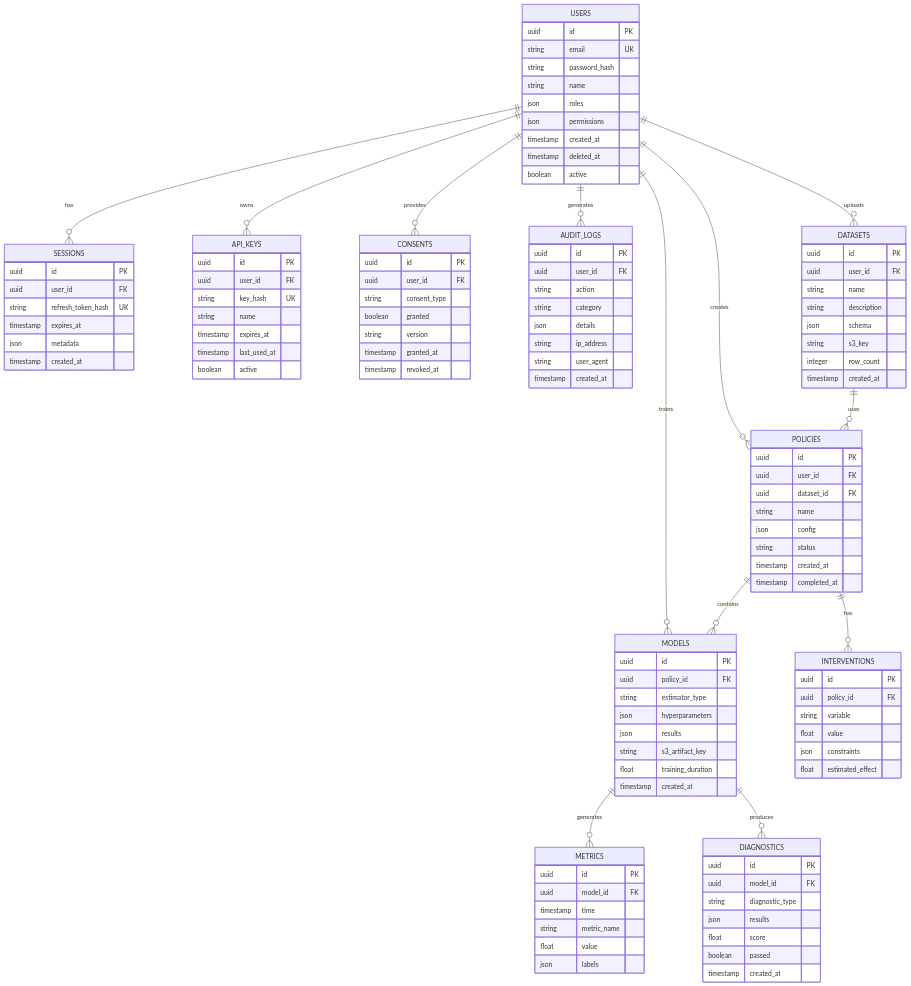
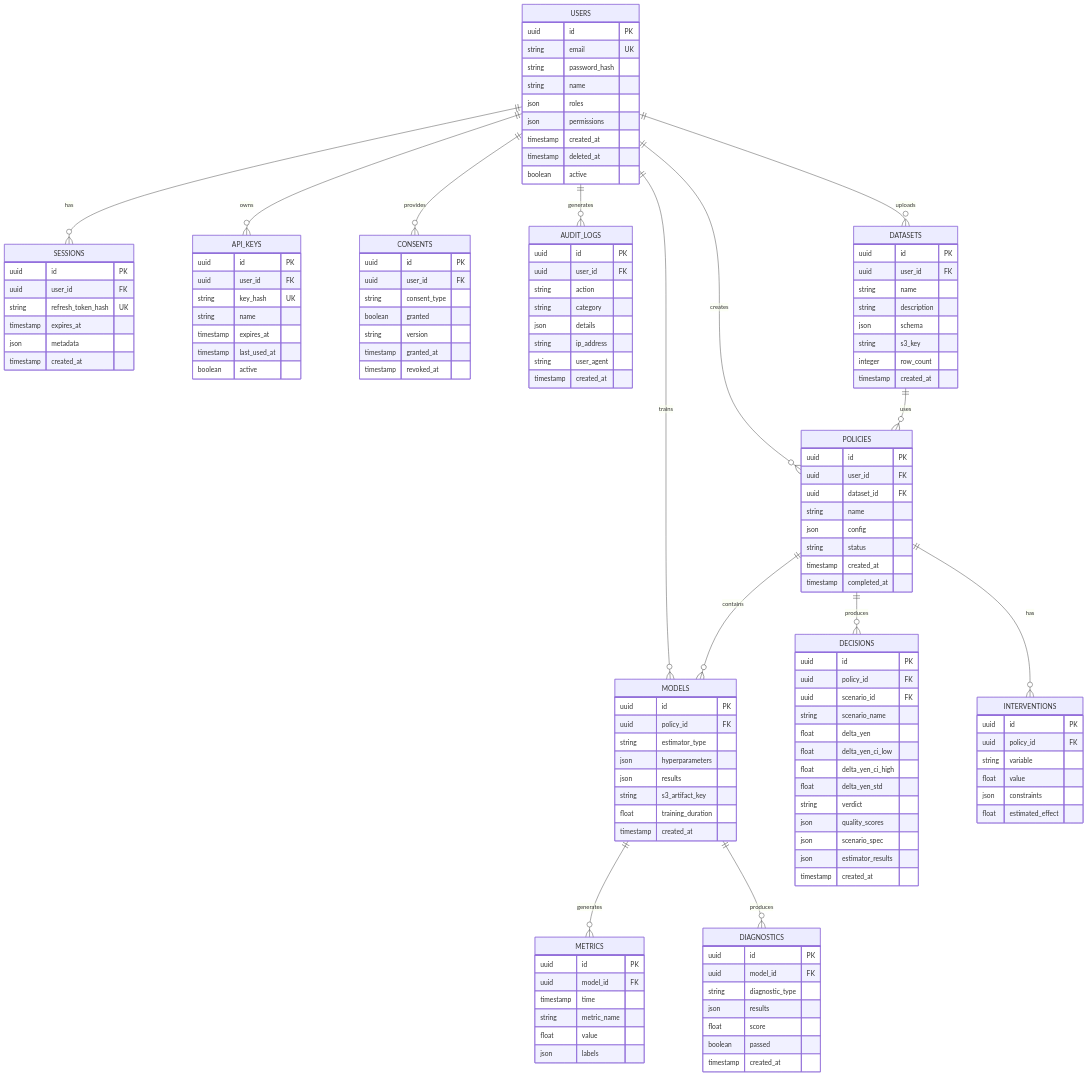
The sixth of 7 diagrams in docs/architecture.md (onodera22ten/CQOx_gen), drawn with Mermaid before and after one commit. The commit also changed other lines of this file and 1 other file, not shown here.

```diff
--- a/docs/architecture.md
+++ b/docs/architecture.md
@@ -496,6 +706,7 @@
     }
 
     POLICIES ||--o{ MODELS : contains
+    POLICIES ||--o{ DECISIONS : produces
     POLICIES {
         uuid id PK
         uuid user_id FK
@@ -505,6 +716,22 @@
         string status
         timestamp created_at
         timestamp completed_at
+    }
+
+    DECISIONS {
+        uuid id PK
+        uuid policy_id FK
+        uuid scenario_id FK
+        string scenario_name
+        float delta_yen
+        float delta_yen_ci_low
+        float delta_yen_ci_high
+        float delta_yen_std
+        string verdict
+        json quality_scores
+        json scenario_spec
+        json estimator_results
+        timestamp created_at
     }
 
     MODELS {
```
